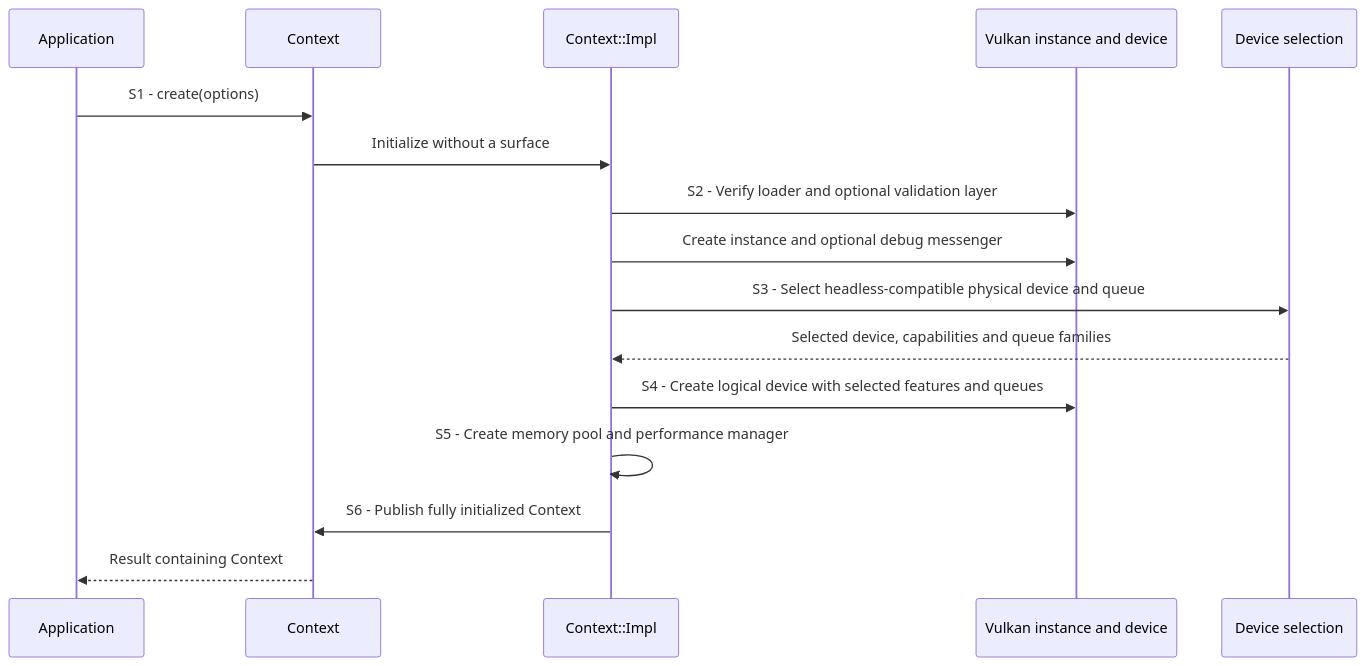
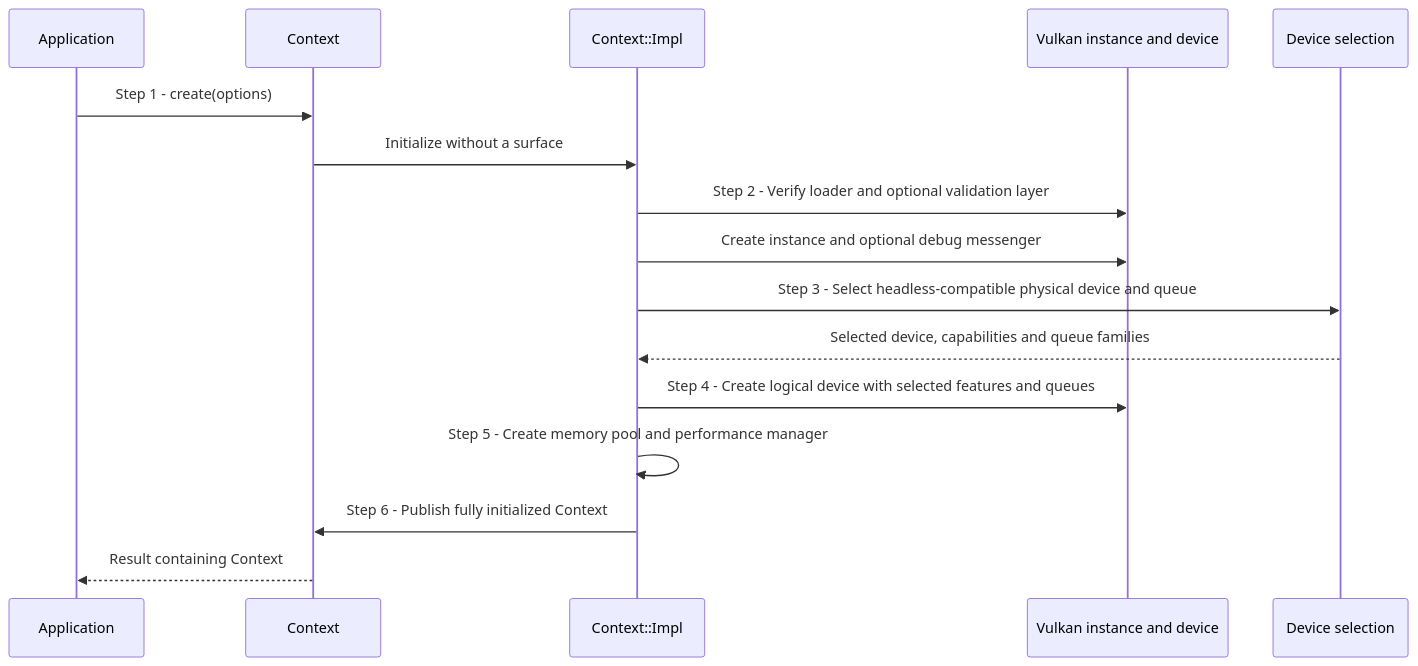
The first of 3 diagrams in docs/use-cases/create-context.md (a-soltysik/Panda), drawn with Mermaid before and after one commit. The commit also changed other lines of this file and 8 other files, not shown here.

````diff
--- a/docs/use-cases/create-context.md
+++ b/docs/use-cases/create-context.md
@@ -64,18 +53,18 @@
 ```mermaid
 sequenceDiagram
     participant A as Application
     participant C as Context
     participant I as Context::Impl
     participant V as Vulkan instance and device
     participant D as Device selection
-    A->>C: S1 - create(options)
+    A->>C: Step 1 - create(options)
     C->>I: Initialize without a surface
-    I->>V: S2 - Verify loader and optional validation layer
+    I->>V: Step 2 - Verify loader and optional validation layer
     I->>V: Create instance and optional debug messenger
-    I->>D: S3 - Select headless-compatible physical device and queue
+    I->>D: Step 3 - Select headless-compatible physical device and queue
     D-->>I: Selected device, capabilities and queue families
-    I->>V: S4 - Create logical device with selected features and queues
-    I->>I: S5 - Create memory pool and performance manager
-    I->>C: S6 - Publish fully initialized Context
+    I->>V: Step 4 - Create logical device with selected features and queues
+    I->>I: Step 5 - Create memory pool and performance manager
+    I->>C: Step 6 - Publish fully initialized Context
     C-->>A: Result containing Context
 ```
````
